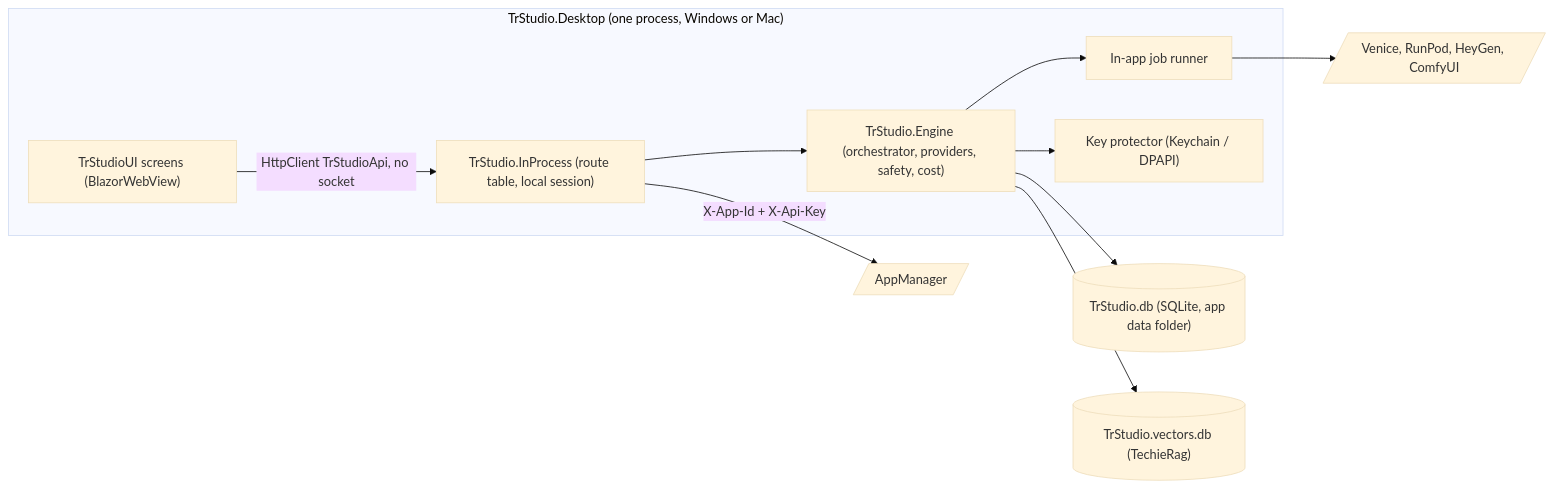
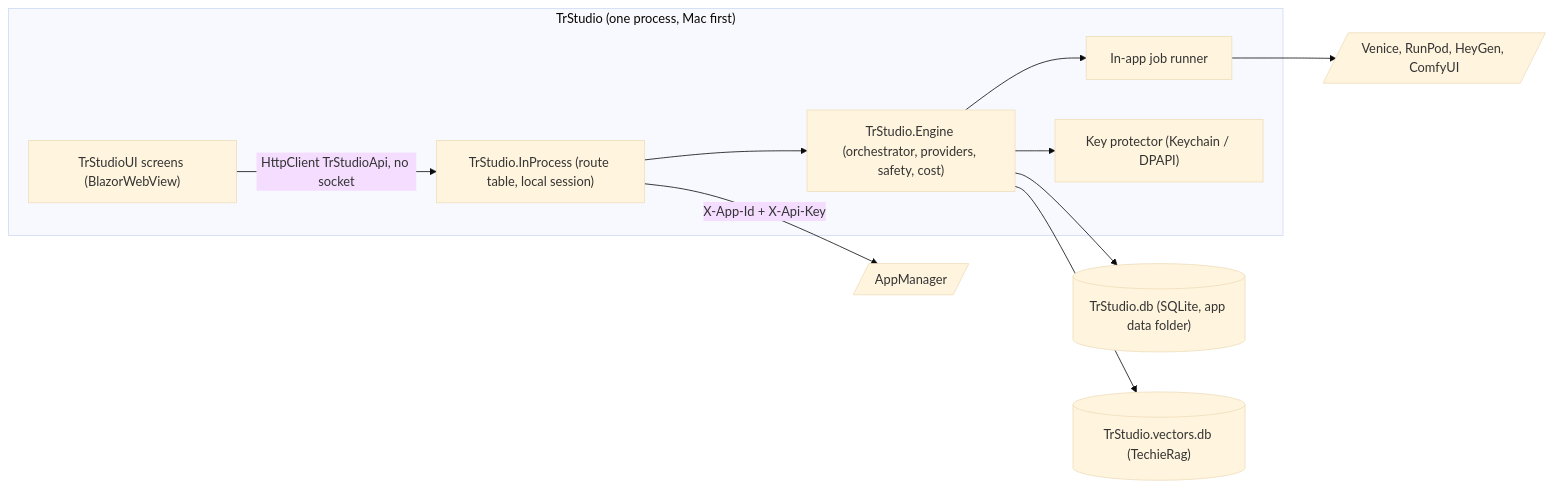
Before and after one commit to techierathore/TrStudio: the fifth of 9 diagrams in docs/TrStudio-Architecture.md, drawn with Mermaid (base theme). The commit also changed other lines of this file and 197 other files, not shown here.

````diff
--- a/docs/TrStudio-Architecture.md
+++ b/docs/TrStudio-Architecture.md
@@ -260,22 +259,22 @@
 ```mermaid
 flowchart LR
-  subgraph App["TrStudio.Desktop (one process, Windows or Mac)"]
+  subgraph App["TrStudio (one process, Mac first)"]
     UI["TrStudioUI screens (BlazorWebView)"]
     H["TrStudio.InProcess (route table, local session)"]
     E["TrStudio.Engine (orchestrator, providers, safety, cost)"]
     J["In-app job runner"]
     K["Key protector (Keychain / DPAPI)"]
   end
   DB[("TrStudio.db (SQLite, app data folder)")]
   V[("TrStudio.vectors.db (TechieRag)")]
   AM[/"AppManager"/]
   P[/"Venice, RunPod, HeyGen, ComfyUI"/]
   UI -->|"HttpClient TrStudioApi, no socket"| H
   H --> E
   E --> J
   E --> DB
   E --> V
   E --> K
   H -->|"X-App-Id + X-Api-Key"| AM
   J --> P
 ```
````
